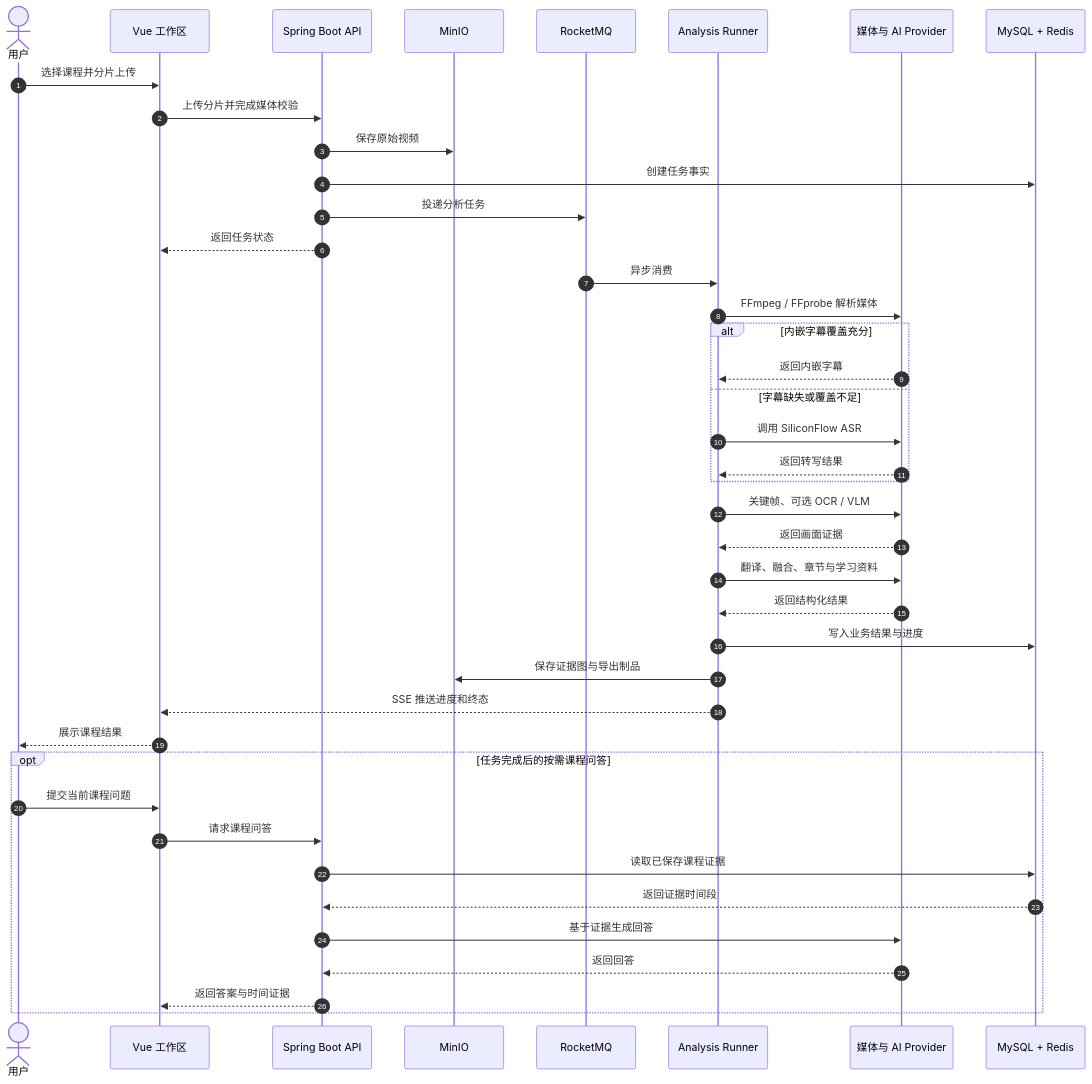
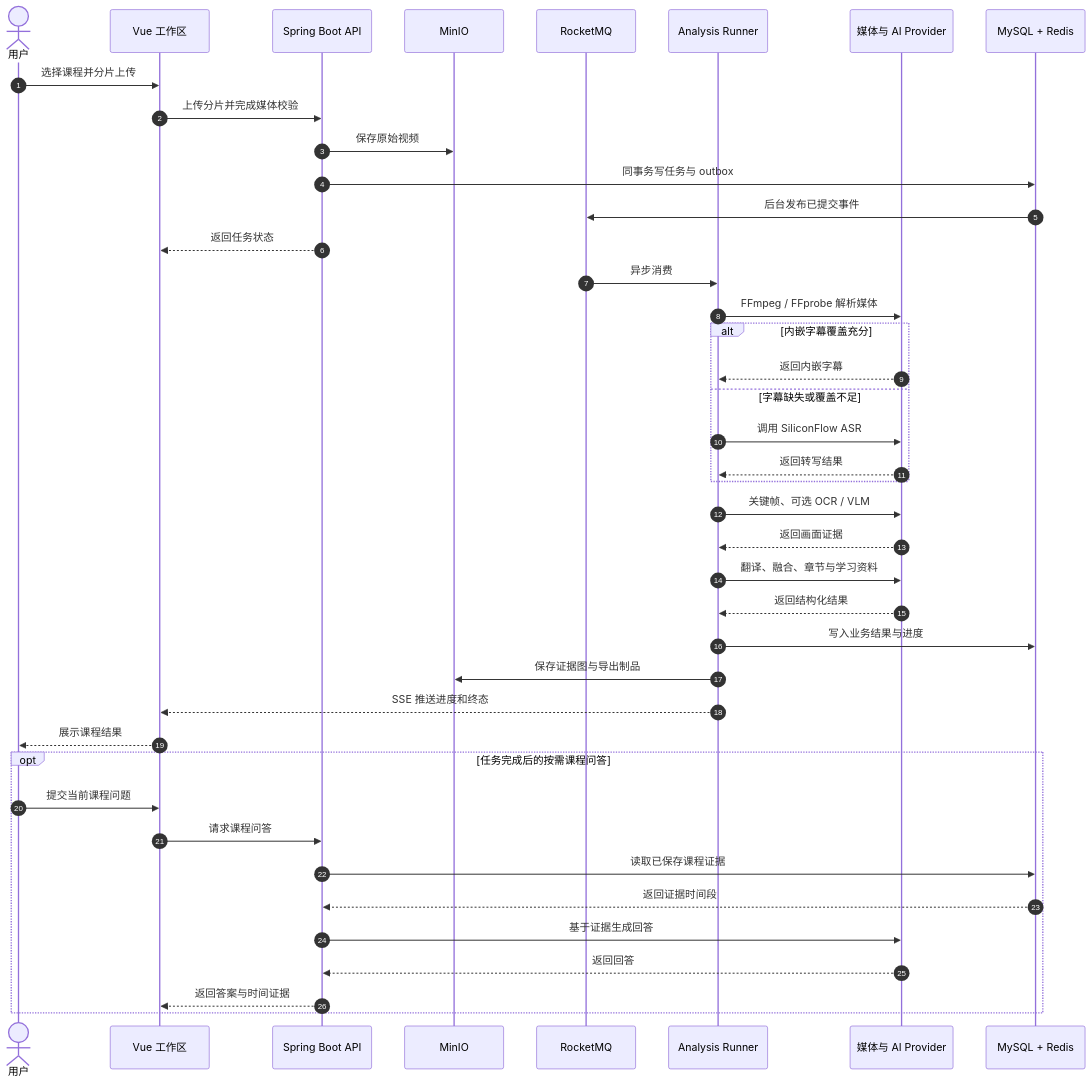
One commit to a27497/lecturelens changed the diagram in README.md. Above: the diagram before and after it, drawn with Mermaid. The commit also changed other lines of this file and 63 other files, not shown here.

````diff
--- a/README.md
+++ b/README.md
@@ -138,44 +138,44 @@
 ```mermaid
 sequenceDiagram
     autonumber
     actor User as 用户
     participant Web as Vue 工作区
     participant API as Spring Boot API
     participant Store as MinIO
     participant MQ as RocketMQ
     participant Runner as Analysis Runner
     participant MediaAI as 媒体与 AI Provider
     participant State as MySQL + Redis
 
     User->>Web: 选择课程并分片上传
     Web->>API: 上传分片并完成媒体校验
     API->>Store: 保存原始视频
-    API->>State: 创建任务事实
-    API->>MQ: 投递分析任务
+    API->>State: 同事务写任务与 outbox
+    State->>MQ: 后台发布已提交事件
     API-->>Web: 返回任务状态
     MQ->>Runner: 异步消费
     Runner->>MediaAI: FFmpeg / FFprobe 解析媒体
     alt 内嵌字幕覆盖充分
         MediaAI-->>Runner: 返回内嵌字幕
     else 字幕缺失或覆盖不足
         Runner->>MediaAI: 调用 SiliconFlow ASR
         MediaAI-->>Runner: 返回转写结果
     end
     Runner->>MediaAI: 关键帧、可选 OCR / VLM
     MediaAI-->>Runner: 返回画面证据
     Runner->>MediaAI: 翻译、融合、章节与学习资料
     MediaAI-->>Runner: 返回结构化结果
     Runner->>State: 写入业务结果与进度
     Runner->>Store: 保存证据图与导出制品
     Runner-->>Web: SSE 推送进度和终态
     Web-->>User: 展示课程结果
     opt 任务完成后的按需课程问答
         User->>Web: 提交当前课程问题
         Web->>API: 请求课程问答
         API->>State: 读取已保存课程证据
         State-->>API: 返回证据时间段
         API->>MediaAI: 基于证据生成回答
         MediaAI-->>API: 返回回答
         API-->>Web: 返回答案与时间证据
     end
 ```
````
